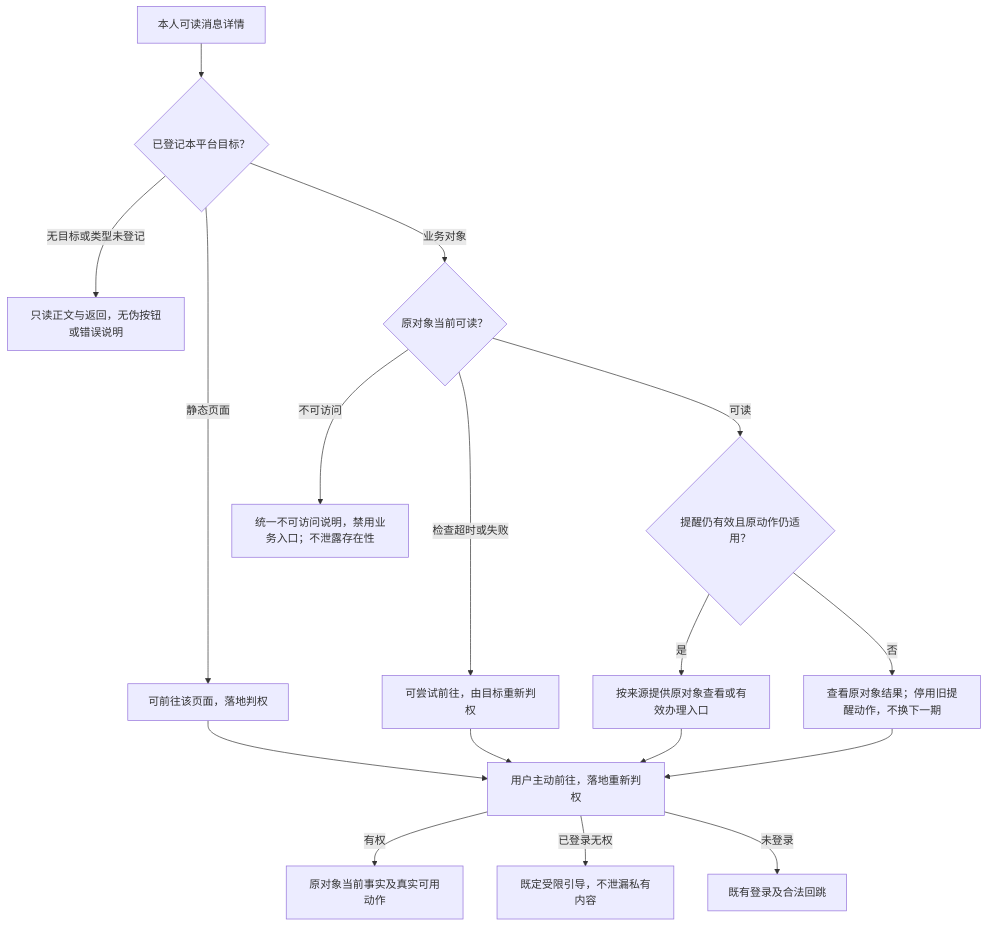
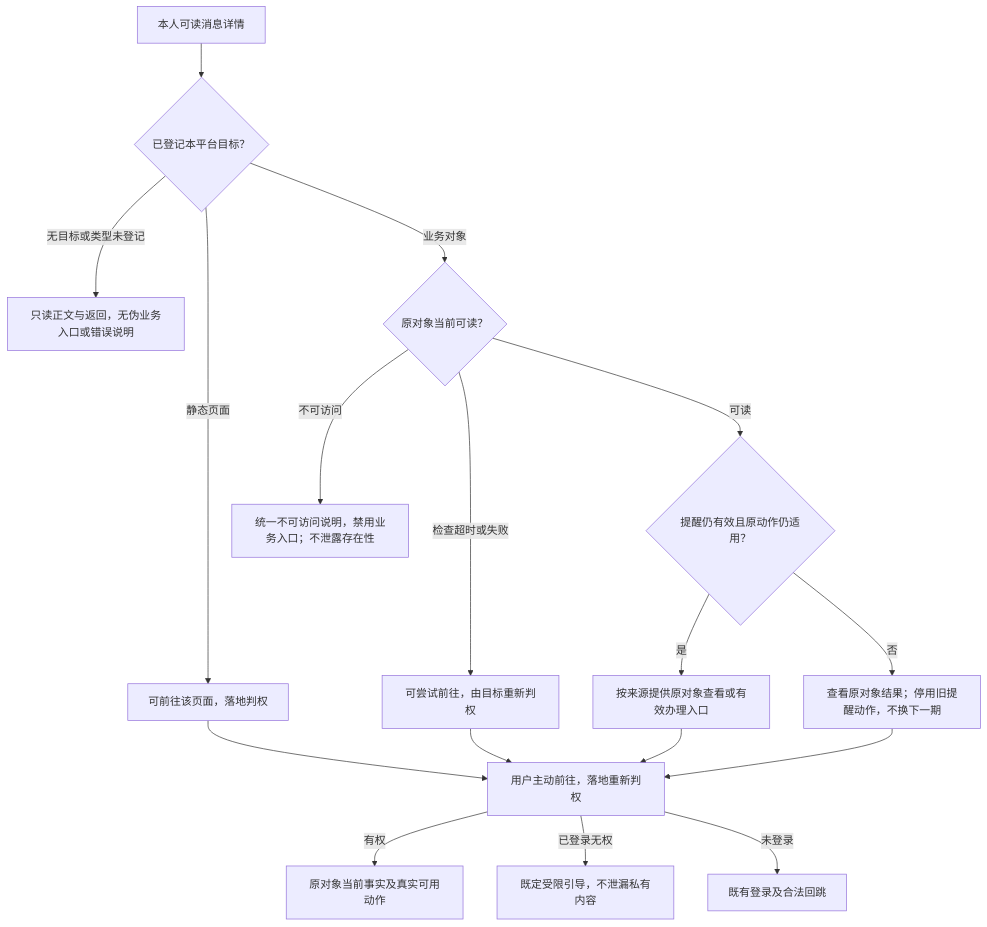
One commit to wxblockchain/Chain-Financing changed the fourth of 9 diagrams in lending-platform/PRD/v1.0-面客消息中心/02-面客消息中心-流程图与状态机.md. Above: the diagram before and after it, drawn with Mermaid. The commit also changed other lines of this file and 4 other files, not shown here.

````diff
--- a/lending-platform/PRD/v1.0-面客消息中心/02-面客消息中心-流程图与状态机.md
+++ b/lending-platform/PRD/v1.0-面客消息中心/02-面客消息中心-流程图与状态机.md
@@ -101,19 +99,19 @@
 ```mermaid
 flowchart TD
     A["本人可读消息详情"] --> B{"已登记本平台目标？"}
-    B -->|无目标或类型未登记| C["只读正文与返回，无伪按钮或错误说明"]
+    B -->|无目标或类型未登记| C["只读正文与返回，无伪业务入口或错误说明"]
     B -->|静态页面| D["可前往该页面，落地判权"]
     B -->|业务对象| E{"原对象当前可读？"}
     E -->|不可访问| F["统一不可访问说明，禁用业务入口；不泄露存在性"]
     E -->|检查超时或失败| G["可尝试前往，由目标重新判权"]
     E -->|可读| H{"提醒仍有效且原动作仍适用？"}
     H -->|是| I["按来源提供原对象查看或有效办理入口"]
     H -->|否| J["查看原对象结果；停用旧提醒动作，不换下一期"]
     D --> K["用户主动前往，落地重新判权"]
     G --> K
     I --> K
     J --> K
     K -->|有权| L["原对象当前事实及真实可用动作"]
     K -->|已登录无权| M["既定受限引导，不泄漏私有内容"]
     K -->|未登录| N["既有登录及合法回跳"]
 ```
````
